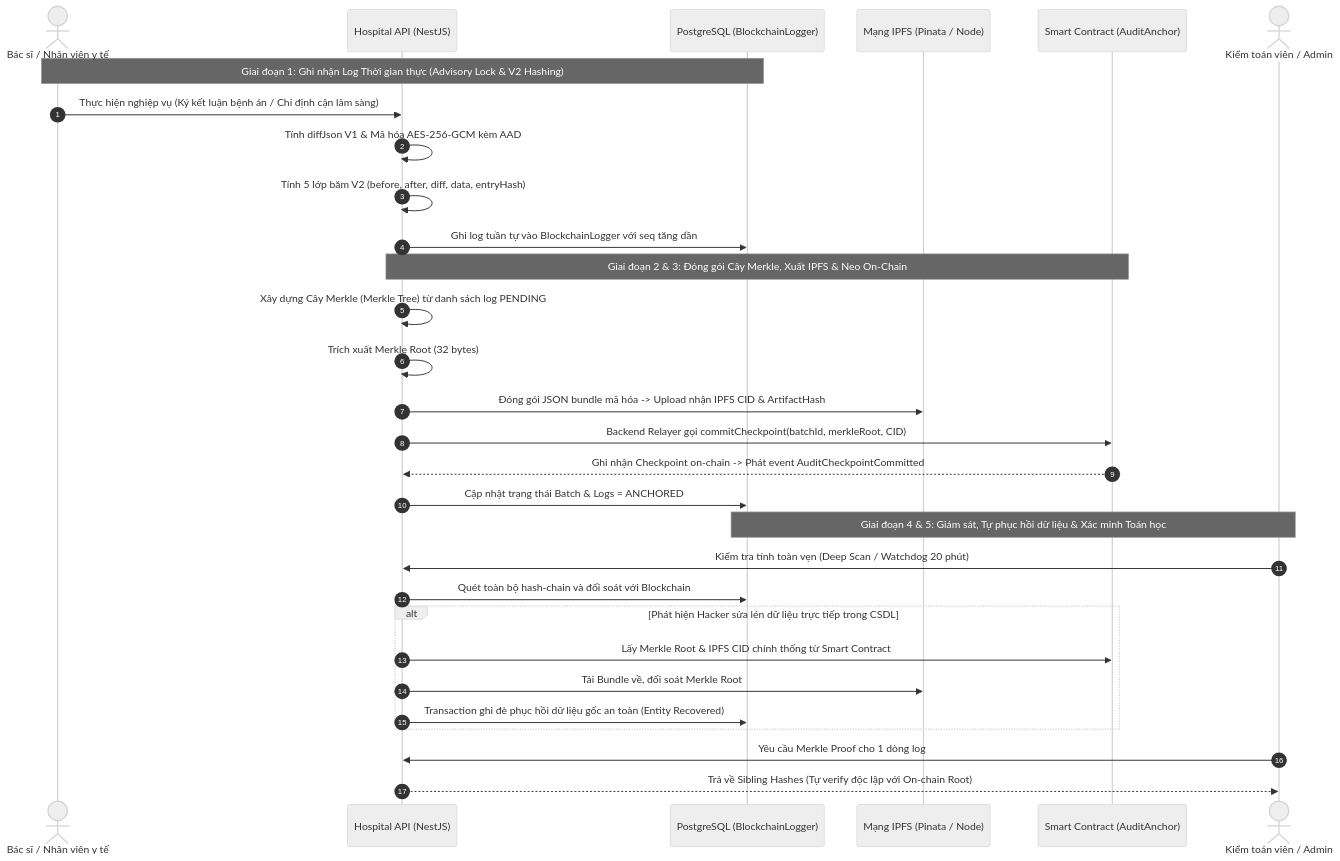
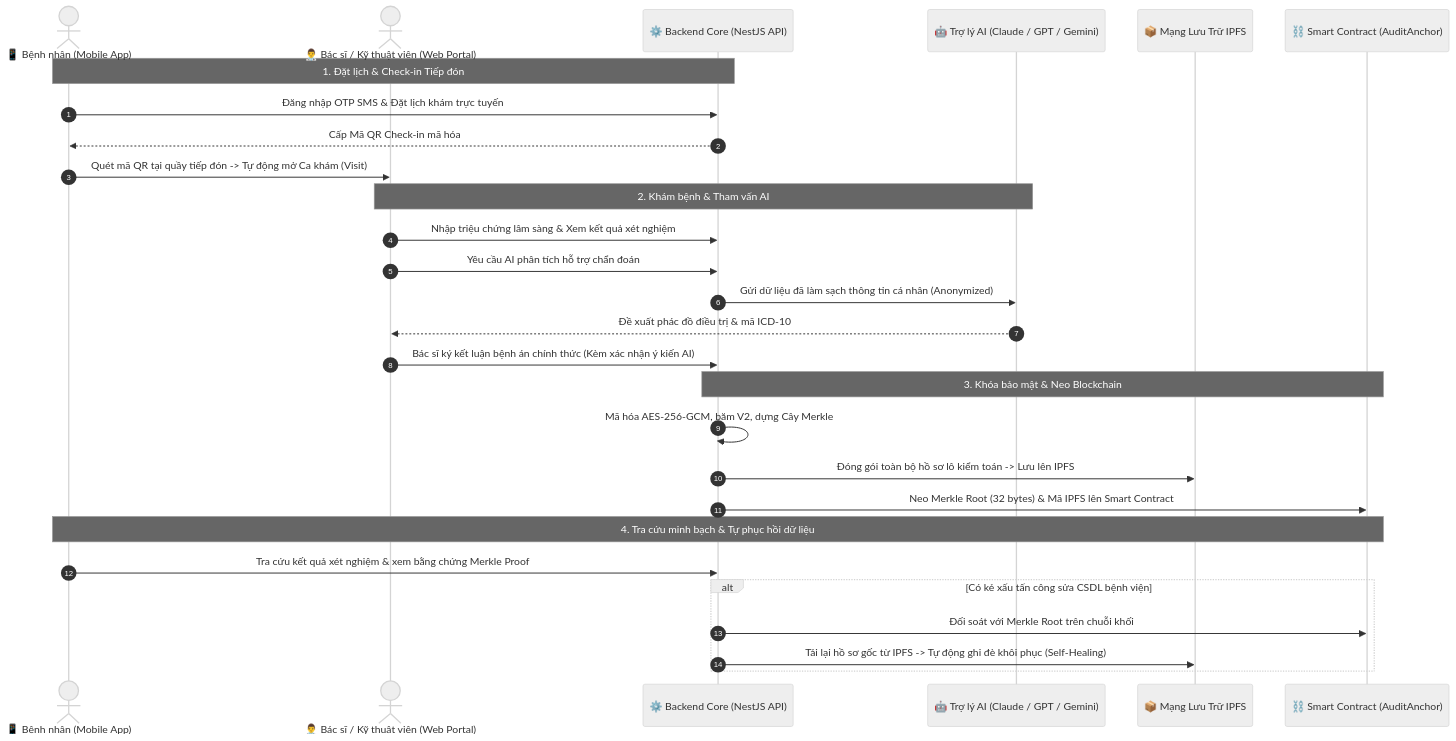
Before and after one commit to duc19092005/KLTN: the second of 2 diagrams in README.md, drawn with Mermaid (neutral theme). The commit also changed other lines of this file and 1 other file, not shown here.

First line of the commit message:
docs(master): enhance README with intuitive problem explanation, blockchain drawbacks, and Merkle tree visual guide

````diff
--- a/README.md
+++ b/README.md
@@ -60,35 +129,34 @@
 ```mermaid
 sequenceDiagram
     autonumber
-    actor User as Bác sĩ / Nhân viên y tế
-    participant API as Hospital API (NestJS)
-    participant DB as PostgreSQL (BlockchainLogger)
-    participant IPFS as Mạng IPFS (Pinata / Node)
-    participant SC as Smart Contract (AuditAnchor)
-    actor Auditor as Kiểm toán viên / Admin
+    actor P as 📱 Bệnh nhân (Mobile App)
+    actor D as 👨‍⚕️ Bác sĩ / Kỹ thuật viên (Web Portal)
+    participant API as ⚙️ Backend Core (NestJS API)
+    participant AI as 🤖 Trợ lý AI (Claude / GPT / Gemini)
+    participant IPFS as 📦 Mạng Lưu Trữ IPFS
+    participant SC as ⛓️ Smart Contract (AuditAnchor)
 
-    Note over User,DB: Giai đoạn 1: Ghi nhận Log Thời gian thực (Advisory Lock & V2 Hashing)
-    User->>API: Thực hiện nghiệp vụ (Ký kết luận bệnh án / Chỉ định cận lâm sàng)
-    API->>API: Tính diffJson V1 & Mã hóa AES-256-GCM kèm AAD
-    API->>API: Tính 5 lớp băm V2 (before, after, diff, data, entryHash)
-    API->>DB: Ghi log tuần tự vào BlockchainLogger với seq tăng dần
+    Note over P,API: 1. Đặt lịch & Check-in Tiếp đón
+    P->>API: Đăng nhập OTP SMS & Đặt lịch khám trực tuyến
+    API-->>P: Cấp Mã QR Check-in mã hóa
+    P->>D: Quét mã QR tại quầy tiếp đón -> Tự động mở Ca khám (Visit)
 
-    Note over API,SC: Giai đoạn 2 & 3: Đóng gói Cây Merkle, Xuất IPFS & Neo On-Chain
-    API->>API: Xây dựng Cây Merkle (Merkle Tree) từ danh sách log PENDING
-    API->>API: Trích xuất Merkle Root (32 bytes)
-    API->>IPFS: Đóng gói JSON bundle mã hóa -> Upload nhận IPFS CID & ArtifactHash
-    API->>SC: Backend Relayer gọi commitCheckpoint(batchId, merkleRoot, CID)
-    SC-->>API: Ghi nhận Checkpoint on-chain -> Phát event AuditCheckpointCommitted
-    API->>DB: Cập nhật trạng thái Batch & Logs = ANCHORED
+    Note over D,AI: 2. Khám bệnh & Tham vấn AI
+    D->>API: Nhập triệu chứng lâm sàng & Xem kết quả xét nghiệm
+    D->>API: Yêu cầu AI phân tích hỗ trợ chẩn đoán
+    API->>AI: Gửi dữ liệu đã làm sạch thông tin cá nhân (Anonymized)
+    AI-->>D: Đề xuất phác đồ điều trị & mã ICD-10
+    D->>API: Bác sĩ ký kết luận bệnh án chính thức (Kèm xác nhận ý kiến AI)
 
-    Note over Auditor,DB: Giai đoạn 4 & 5: Giám sát, Tự phục hồi dữ liệu & Xác minh Toán học
-    Auditor->>API: Kiểm tra tính toàn vẹn (Deep Scan / Watchdog 20 phút)
-    API->>DB: Quét toàn bộ hash-chain và đối soát với Blockchain
-    alt Phát hiện Hacker sửa lén dữ liệu trực tiếp trong CSDL
-        API->>SC: Lấy Merkle Root & IPFS CID chính thống từ Smart Contract
-        API->>IPFS: Tải Bundle về, đối soát Merkle Root
-        API->>DB: Transaction ghi đè phục hồi dữ liệu gốc an toàn (Entity Recovered)
+    Note over API,SC: 3. Khóa bảo mật & Neo Blockchain
+    API->>API: Mã hóa AES-256-GCM, băm V2, dựng Cây Merkle
+    API->>IPFS: Đóng gói toàn bộ hồ sơ lô kiểm toán -> Lưu lên IPFS
+    API->>SC: Neo Merkle Root (32 bytes) & Mã IPFS lên Smart Contract
+
+    Note over P,SC: 4. Tra cứu minh bạch & Tự phục hồi dữ liệu
+    P->>API: Tra cứu kết quả xét nghiệm & xem bằng chứng Merkle Proof
+    alt Có kẻ xấu tấn công sửa CSDL bệnh viện
+        API->>SC: Đối soát với Merkle Root trên chuỗi khối
+        API->>IPFS: Tải lại hồ sơ gốc từ IPFS -> Tự động ghi đè khôi phục (Self-Healing)
     end
-    Auditor->>API: Yêu cầu Merkle Proof cho 1 dòng log
-    API-->>Auditor: Trả về Sibling Hashes (Tự verify độc lập với On-chain Root)
 ```
````
